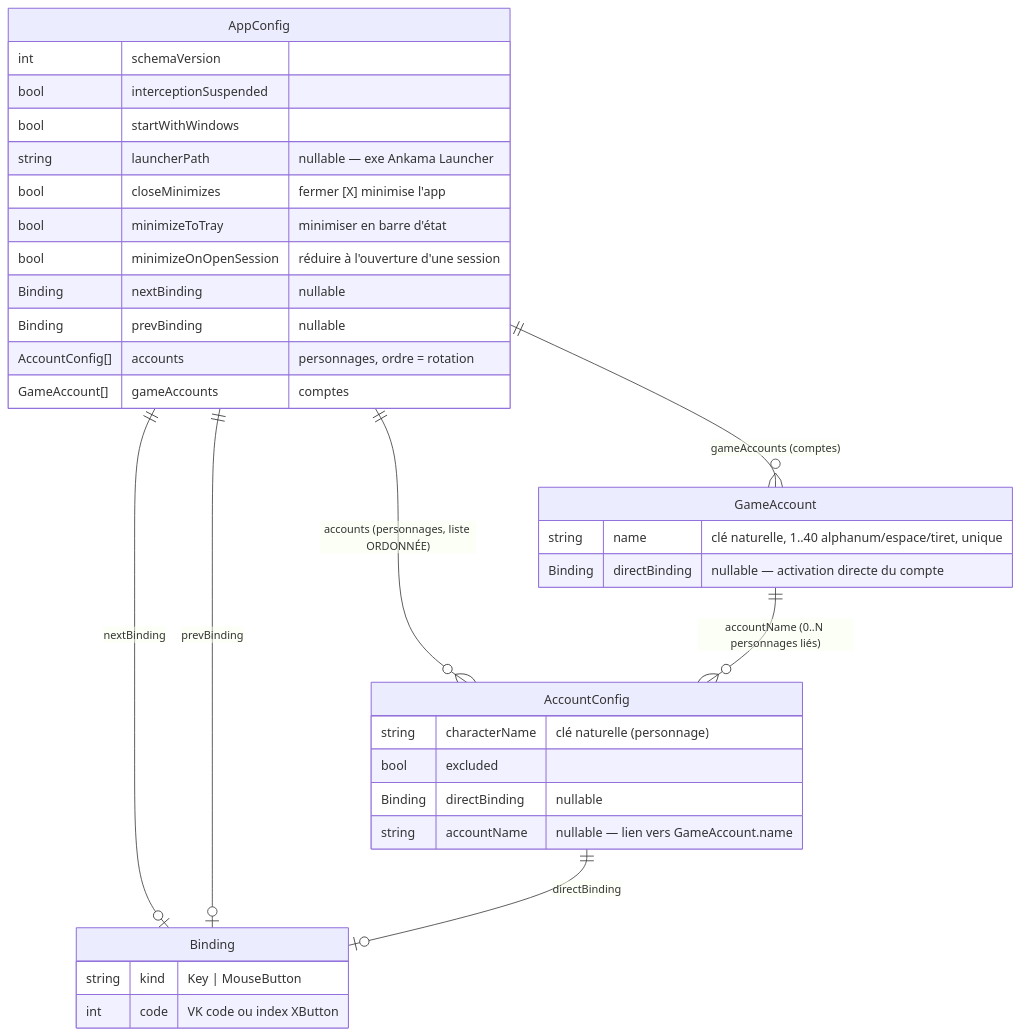
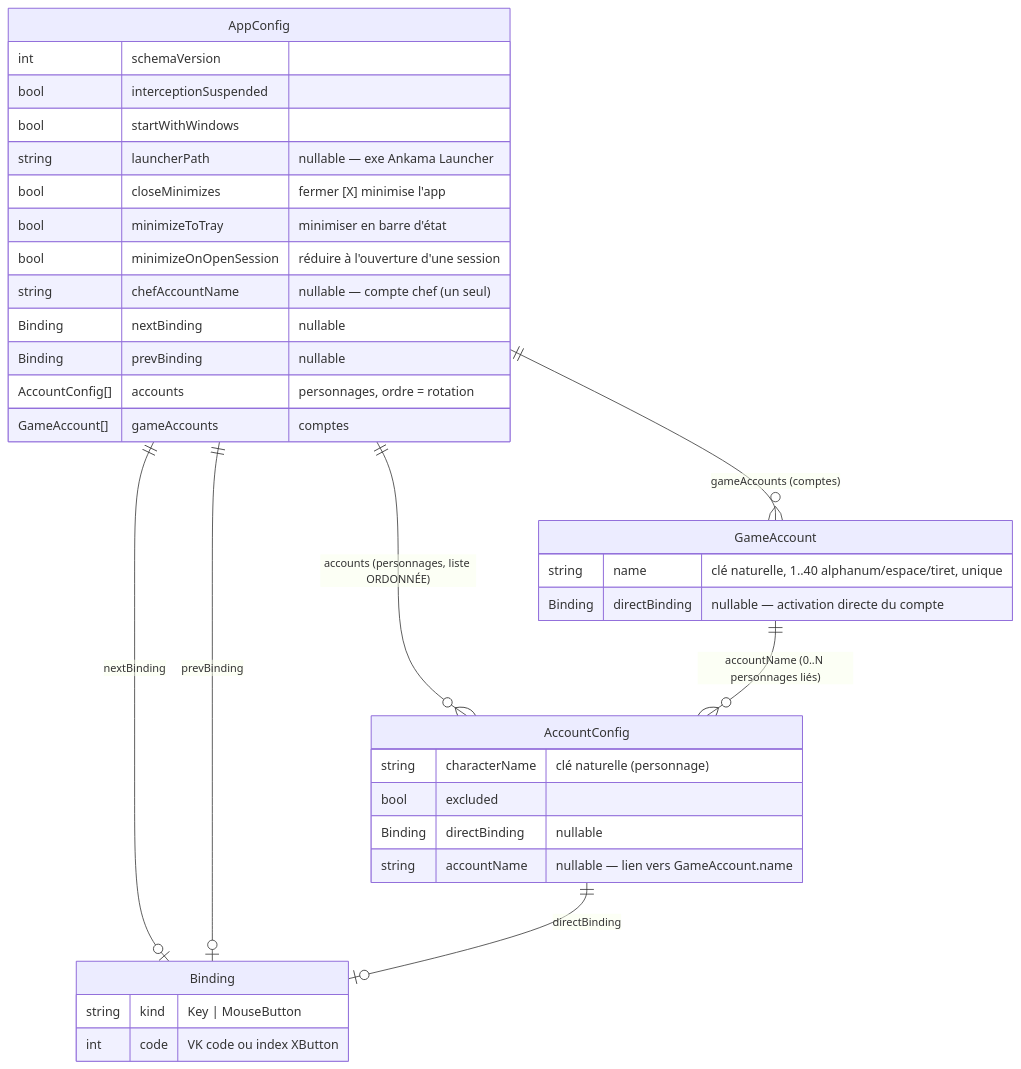
One commit to seumeurhitmachine/dofusOptimizer changed the diagram in docs/data-model.md. Above: the diagram before and after it, drawn with Mermaid. The commit also changed other lines of this file and 17 other files, not shown here.

First line of the commit message:
feat: Axe 13 - Compte chef + copie /invite

````diff
--- a/docs/data-model.md
+++ b/docs/data-model.md
@@ -24,37 +24,38 @@
 ```mermaid
 erDiagram
     AppConfig ||--o{ AccountConfig : "accounts (personnages, liste ORDONNÉE)"
     AppConfig ||--o{ GameAccount : "gameAccounts (comptes)"
     AppConfig ||--o| Binding : "nextBinding"
     AppConfig ||--o| Binding : "prevBinding"
     AccountConfig ||--o| Binding : "directBinding"
     GameAccount ||--o{ AccountConfig : "accountName (0..N personnages liés)"
 
     AppConfig {
         int    schemaVersion
         bool   interceptionSuspended
         bool   startWithWindows
         string launcherPath "nullable — exe Ankama Launcher"
         bool   closeMinimizes "fermer [X] minimise l'app"
         bool   minimizeToTray "minimiser en barre d'état"
         bool   minimizeOnOpenSession "réduire à l'ouverture d'une session"
+        string chefAccountName "nullable — compte chef (un seul)"
         Binding nextBinding "nullable"
         Binding prevBinding "nullable"
         AccountConfig[] accounts "personnages, ordre = rotation"
         GameAccount[]   gameAccounts "comptes"
     }
     AccountConfig {
         string  characterName "clé naturelle (personnage)"
         bool    excluded
         Binding directBinding "nullable"
         string  accountName "nullable — lien vers GameAccount.name"
     }
     GameAccount {
         string name "clé naturelle, 1..40 alphanum/espace/tiret, unique"
         Binding directBinding "nullable — activation directe du compte"
     }
     Binding {
         string kind "Key | MouseButton"
         int    code "VK code ou index XButton"
     }
 ```
````
